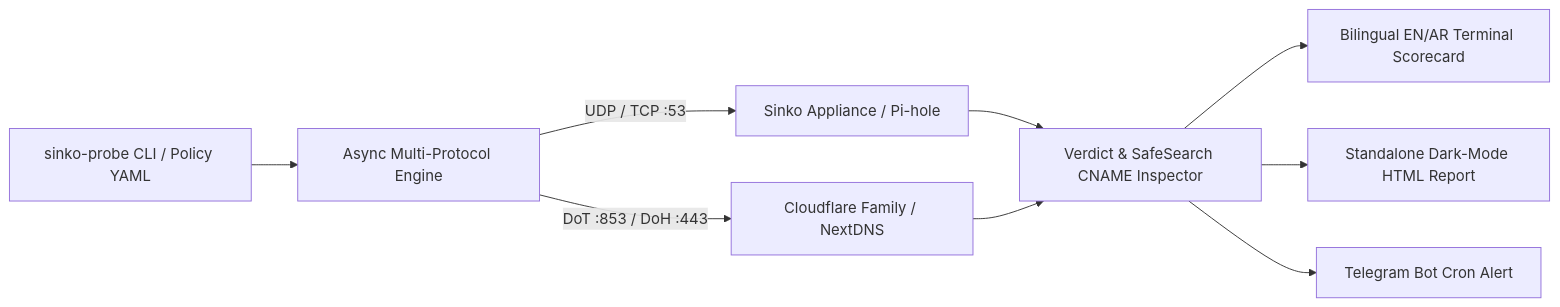
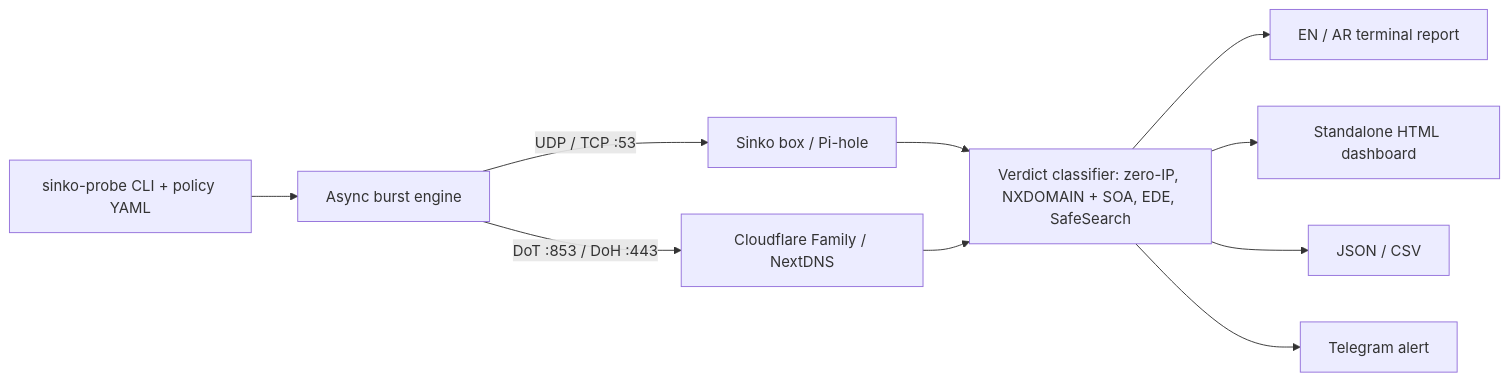
Before and after one commit to iret33/sinko-probe: the diagram in README.md, drawn with Mermaid. The commit also changed other lines of this file and 5 other files, not shown here.

````diff
--- a/README.md
+++ b/README.md
@@ -16,11 +42,12 @@
 ```mermaid
 flowchart LR
-    CLI[sinko-probe CLI / Policy YAML] --> Engine[Async Multi-Protocol Engine]
-    Engine -->|UDP / TCP :53| Sinko[Sinko Appliance / Pi-hole]
+    CLI[sinko-probe CLI + policy YAML] --> Engine[Async burst engine]
+    Engine -->|UDP / TCP :53| Sinko[Sinko box / Pi-hole]
     Engine -->|DoT :853 / DoH :443| Cloud[Cloudflare Family / NextDNS]
-    Sinko --> Inspector[Verdict & SafeSearch CNAME Inspector]
-    Cloud --> Inspector
-    Inspector --> Rich[Bilingual EN/AR Terminal Scorecard]
-    Inspector --> HTML[Standalone Dark-Mode HTML Report]
-    Inspector --> TG[Telegram Bot Cron Alert]
+    Sinko --> Classifier[Verdict classifier: zero-IP, NXDOMAIN + SOA, EDE, SafeSearch]
+    Cloud --> Classifier
+    Classifier --> Rich[EN / AR terminal report]
+    Classifier --> HTML[Standalone HTML dashboard]
+    Classifier --> Data[JSON / CSV]
+    Classifier --> TG[Telegram alert]
 ```
````
